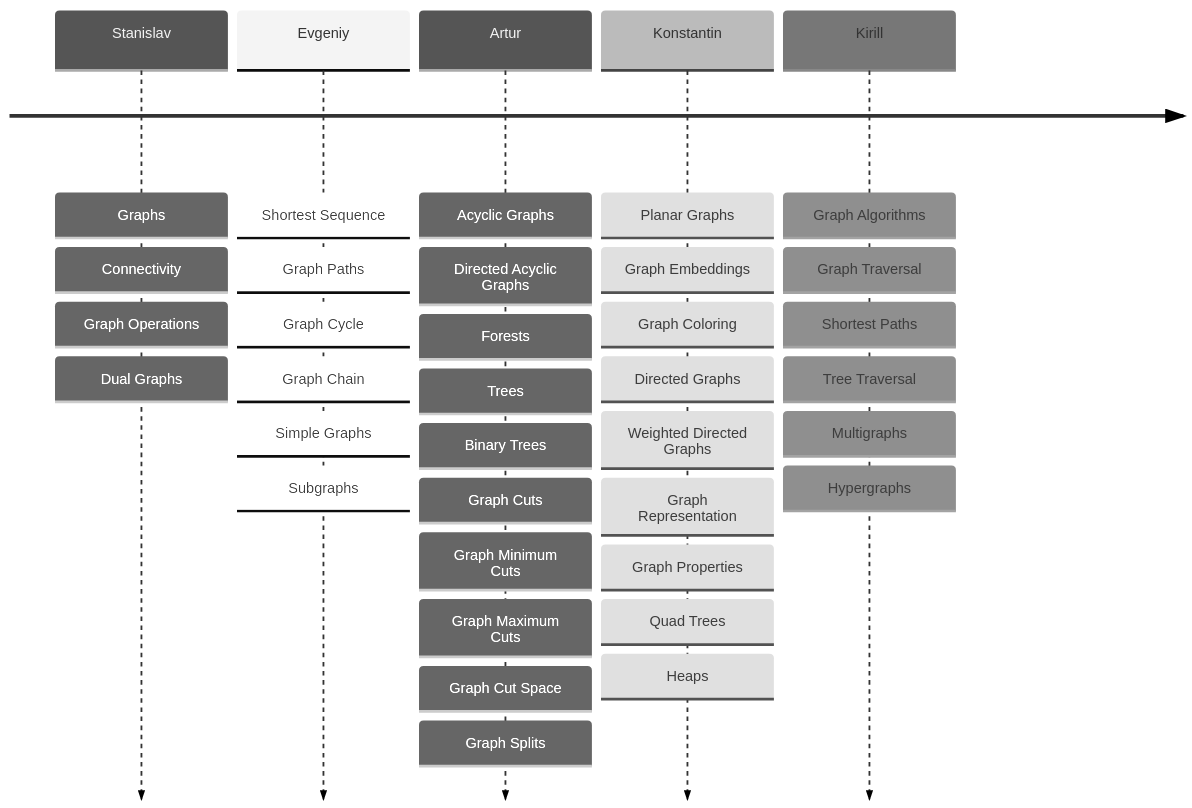
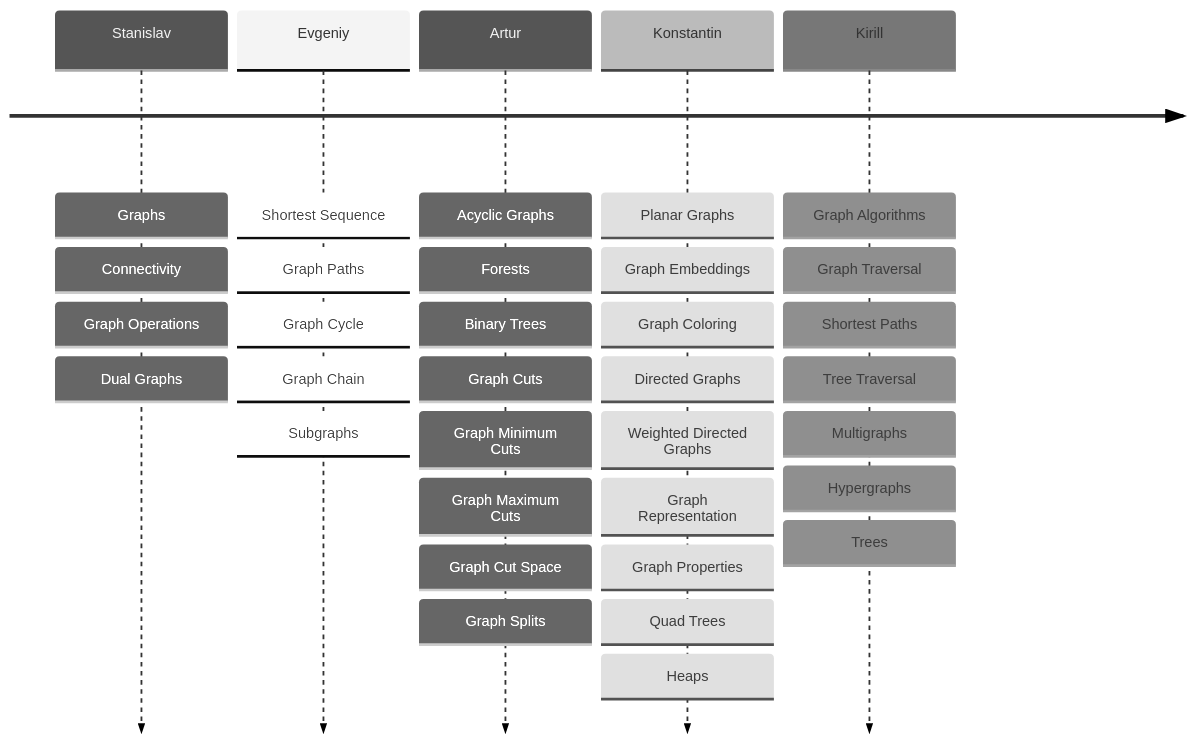
The second of 2 diagrams in README.md (qaip/gt), drawn with Mermaid (neutral theme) before and after one commit. The commit also changed other lines of this file, not shown here.

````diff
--- a/README.md
+++ b/README.md
@@ -63,43 +62,41 @@
 ```mermaid
 timeline
   Stanislav
     : Graphs
     : Connectivity
     : Graph Operations
     : Dual Graphs
   Evgeniy
     : Shortest Sequence
     : Graph Paths
     : Graph Cycle
     : Graph Chain
-    : Simple Graphs
     : Subgraphs
   Artur
     : Acyclic Graphs
-    : Directed Acyclic Graphs
     : Forests
-    : Trees
     : Binary Trees
     : Graph Cuts
     : Graph Minimum Cuts
     : Graph Maximum Cuts
     : Graph Cut Space
     : Graph Splits
   Konstantin
     : Planar Graphs
     : Graph Embeddings
     : Graph Coloring
     : Directed Graphs
     : Weighted Directed Graphs
     : Graph Representation
     : Graph Properties
     : Quad Trees
     : Heaps
   Kirill
     : Graph Algorithms
     : Graph Traversal
     : Shortest Paths
     : Tree Traversal
     : Multigraphs
     : Hypergraphs
+    : Trees
 ```
````
